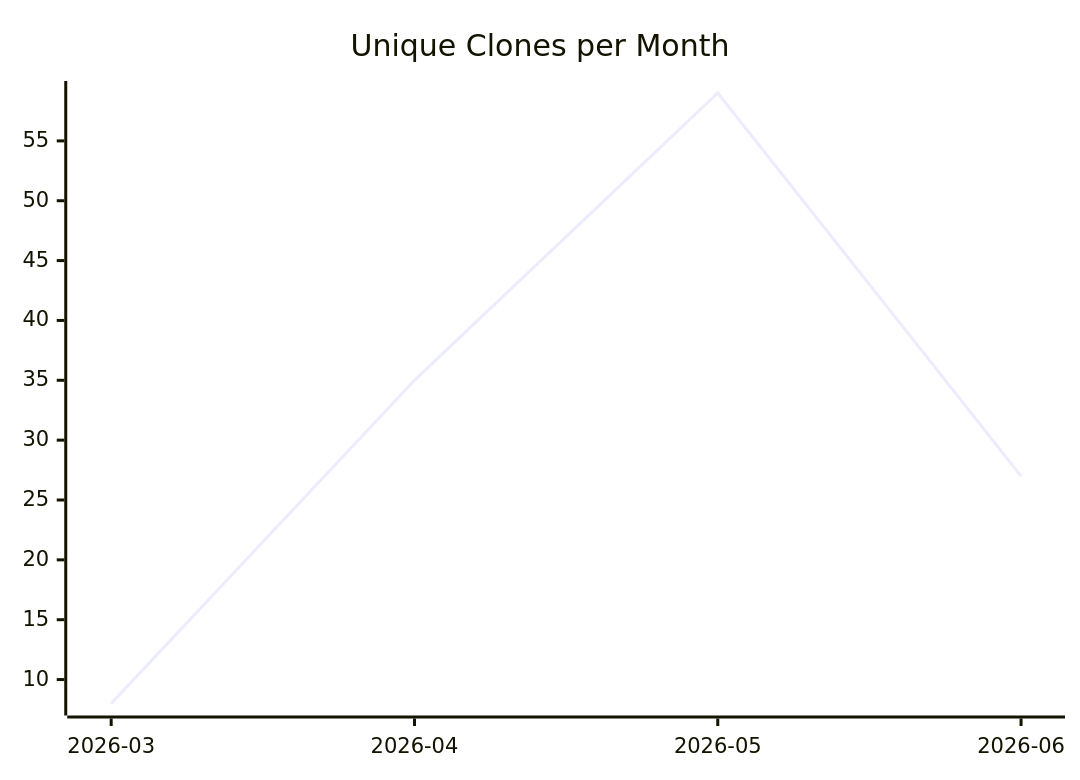
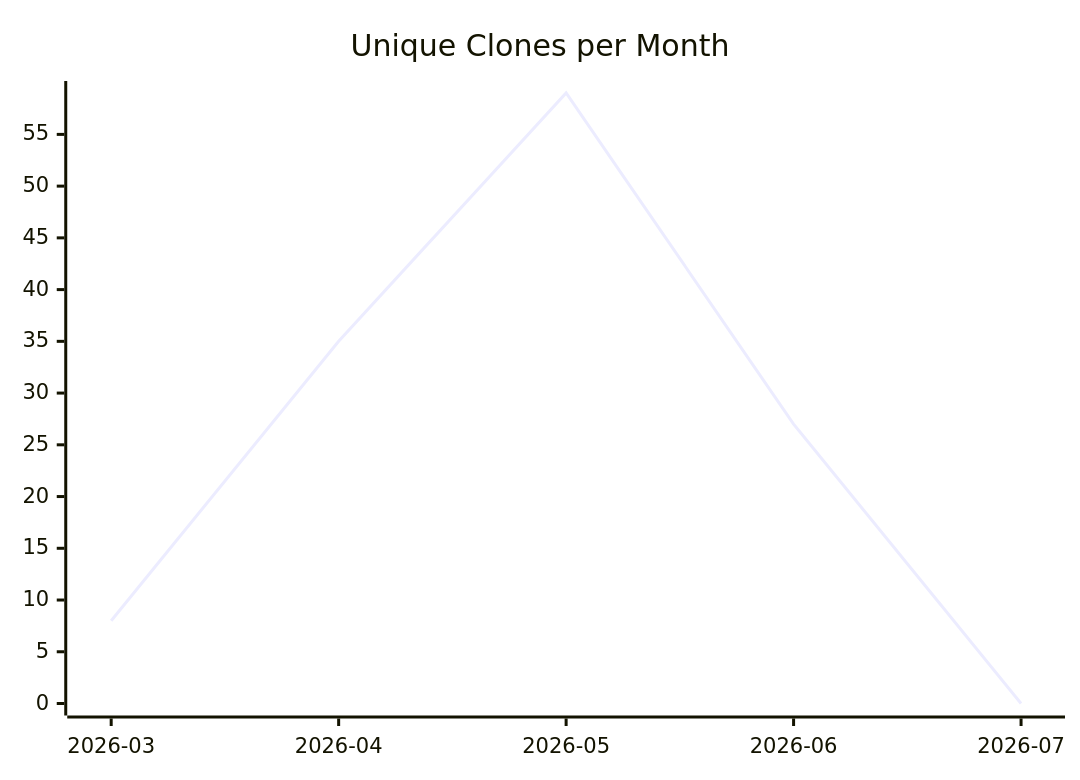
Before and after one commit to justdavis-family/github-analytics-data: the third of 3 diagrams in karlmdavis/fhir-benchmarks/README.md, drawn with Mermaid. The commit also changed other lines of this file and 199 other files, not shown here.

````diff
--- a/karlmdavis/fhir-benchmarks/README.md
+++ b/karlmdavis/fhir-benchmarks/README.md
@@ -19,6 +19,6 @@
 ```mermaid
 xychart-beta
   title "Unique Clones per Month"
-  x-axis ["2026-03", "2026-04", "2026-05", "2026-06"]
-  line [8, 35, 59, 27]
+  x-axis ["2026-03", "2026-04", "2026-05", "2026-06", "2026-07"]
+  line [8, 35, 59, 27, 0]
 ```
````
